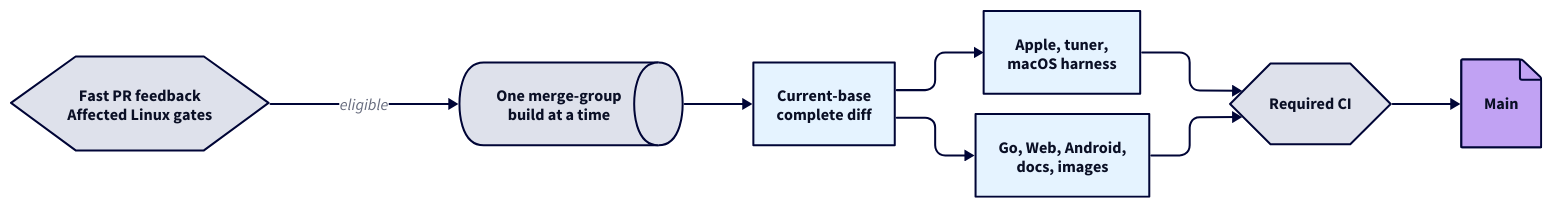
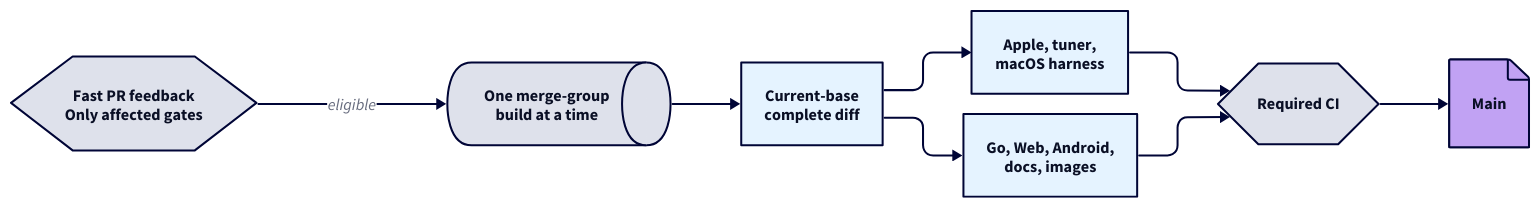
The diagram in docs/diagrams/ci.d2 (loomarr/loomarr), drawn with D2 before and after one commit. The commit also changed 12 other files, not shown here.

```diff
--- a/docs/diagrams/ci.d2
+++ b/docs/diagrams/ci.d2
@@ -1,25 +1,25 @@
 vars: {
   d2-config: {
     layout-engine: elk
     theme-id: 4
     dark-theme-id: 200
     pad: 32
     center: true
   }
 }
 
 direction: right
 
-feedback: Fast PR feedback\nAffected Linux gates {shape: hexagon}
+feedback: Fast PR feedback\nOnly affected gates {shape: hexagon}
 queue: One merge-group\nbuild at a time {shape: queue}
 current: Current-base\ncomplete diff
 native: Apple, tuner,\nmacOS harness
 other: Go, Web, Android,\ndocs, images
 required: Required CI {shape: hexagon}
 main: Main {shape: page}
 
 feedback -> queue: eligible
 queue -> current
 current -> native -> required
 current -> other -> required
 required -> main
```
